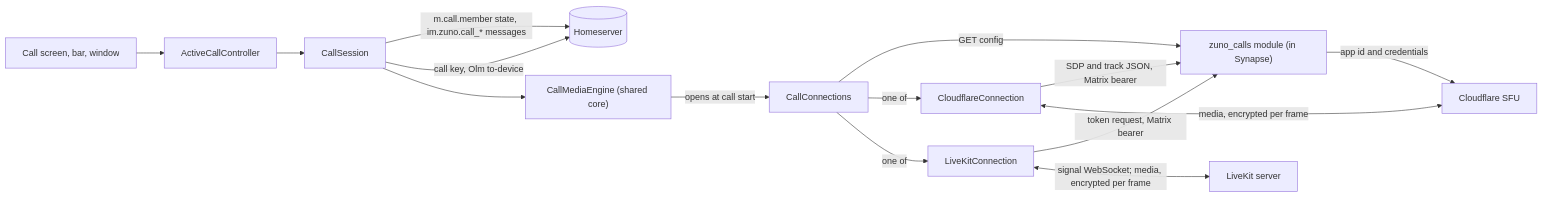
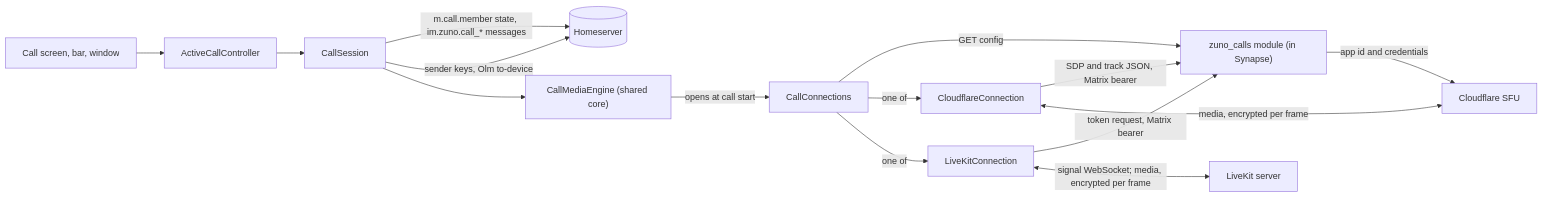
One commit to Zuno-Chat/zuno-chat changed the first of 7 diagrams in docs/features/calls.md. Above: the diagram before and after it, drawn with Mermaid. The commit also changed other lines of this file and 49 other files, not shown here.

````diff
--- a/docs/features/calls.md
+++ b/docs/features/calls.md
@@ -15,17 +16,17 @@
 ```mermaid
 flowchart LR
   UI["Call screen, bar, window"] --> A[ActiveCallController]
   A --> S[CallSession]
   S -->|"m.call.member state, im.zuno.call_* messages"| HS[(Homeserver)]
-  S -->|"call key, Olm to-device"| HS
+  S -->|"sender keys, Olm to-device"| HS
   S --> E["CallMediaEngine (shared core)"]
   E -->|"opens at call start"| O[CallConnections]
   O -->|"GET config"| M["zuno_calls module (in Synapse)"]
   O -->|"one of"| CF[CloudflareConnection]
   O -->|"one of"| LK[LiveKitConnection]
   CF -->|"SDP and track JSON, Matrix bearer"| M
   M -->|"app id and credentials"| SFU[Cloudflare SFU]
   CF <-->|"media, encrypted per frame"| SFU
   LK -->|"token request, Matrix bearer"| M
   LK <-->|"signal WebSocket; media, encrypted per frame"| LKS[LiveKit server]
 ```
````
